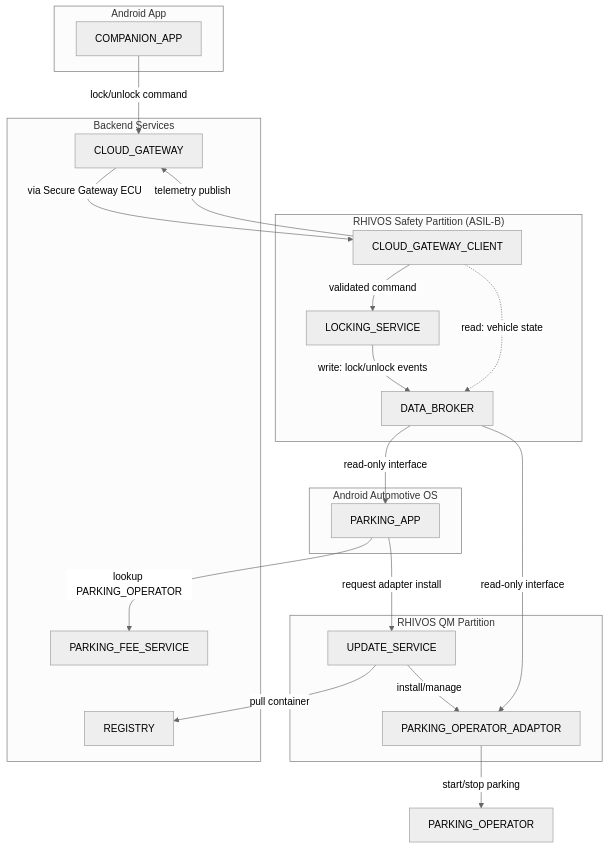
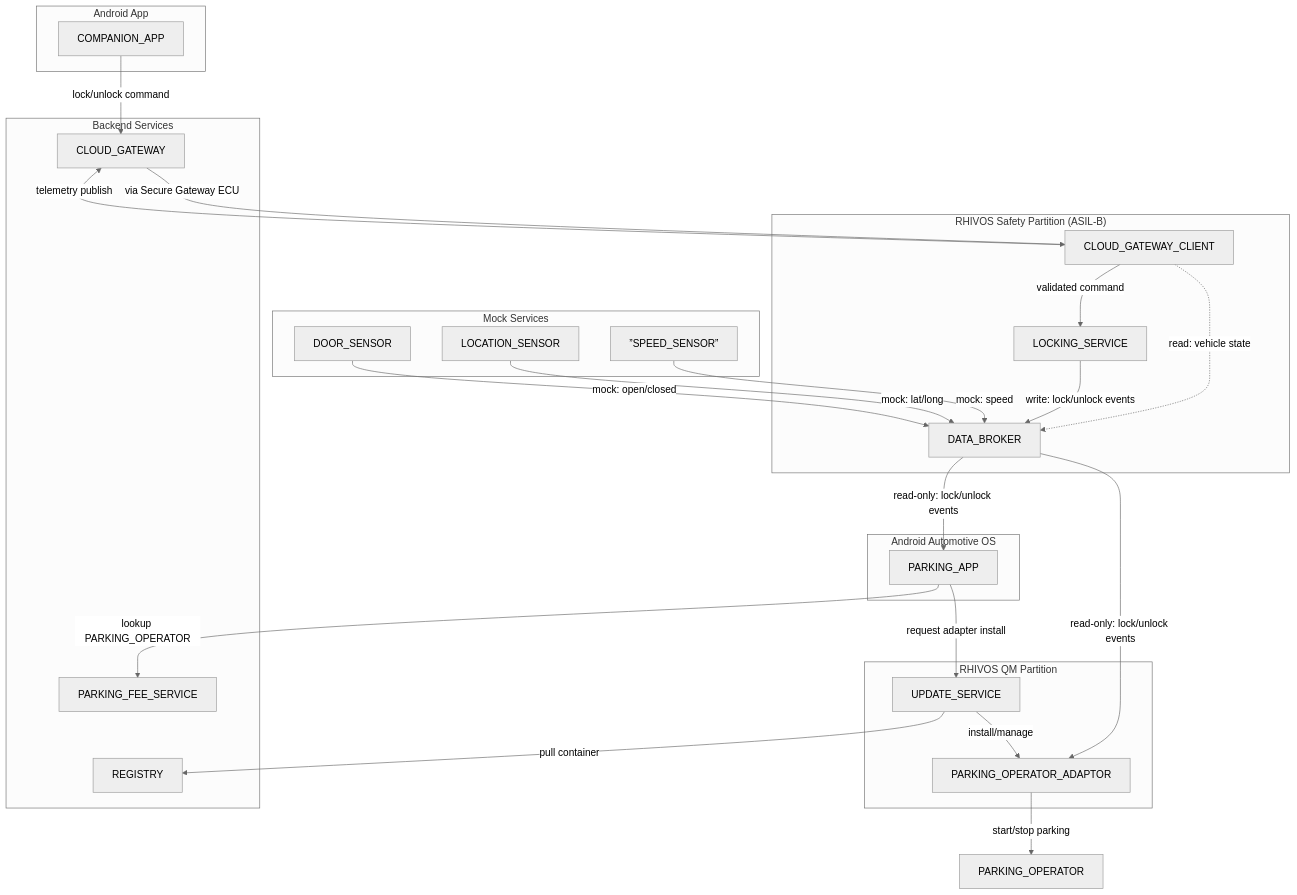
The diagram in prd.md (rhadp/parking-fee-service), drawn with Mermaid (neutral theme) before and after one commit. The commit also changed other lines of this file, not shown here.

Commit message:
updated the component diagram

````diff
--- a/prd.md
+++ b/prd.md
@@ -77,48 +76,58 @@
 ```mermaid
 flowchart TD
 subgraph AAOS["Android Automotive OS"]
 	ParkingApp["PARKING_APP"]
 end
 
 subgraph Android["Android App"]
 	CompanionApp["COMPANION_APP"]
 end
 
 subgraph RHIVOS_Safety["RHIVOS Safety Partition (ASIL-B)"]
   LockingService["LOCKING_SERVICE"]
   DataBroker["DATA_BROKER"]
   CloudGatewayClient["CLOUD_GATEWAY_CLIENT"]
 end
 
 subgraph RHIVOS_QM["RHIVOS QM Partition"]
   Adaptor["PARKING_OPERATOR_ADAPTOR"]
   UpdateService["UPDATE_SERVICE"]
 end
 
 subgraph Cloud["Backend Services"]
   ParkingFeeService["PARKING_FEE_SERVICE"]
   Registry["REGISTRY"]
   CloudGateway["CLOUD_GATEWAY"]
 end
 
+subgraph MockServices["Mock Services"]
+  LocationSensor["LOCATION_SENSOR"]
+  SpeedSensor[”SPEED_SENSOR”]
+  DoorSensor["DOOR_SENSOR"]
+end
+
 CompanionApp -->|"lock/unlock command"| CloudGateway
 CloudGateway -->|"via Secure Gateway ECU"| CloudGatewayClient
 
 CloudGatewayClient -->|"validated command"| LockingService
 CloudGatewayClient -->|"telemetry publish"| CloudGateway
 CloudGatewayClient -.->|"read: vehicle state"| DataBroker
 
 LockingService -->|"write: lock/unlock events"| DataBroker
 
-DataBroker -->|"read-only interface"| ParkingApp
-DataBroker -->|"read-only interface"| Adaptor
+DataBroker -->|"read-only: lock/unlock events"| ParkingApp
+DataBroker -->|"read-only: lock/unlock events"| Adaptor
 
 ParkingApp -->|"lookup PARKING_OPERATOR"| ParkingFeeService
 ParkingApp -->|"request adapter install"| UpdateService
 
 UpdateService -->|"pull container"| Registry
 UpdateService -->|"install/manage"| Adaptor
 
 Adaptor -->|"start/stop parking"| PARKING_OPERATOR["PARKING_OPERATOR"]
 
+SpeedSensor --> |"mock: speed"| DataBroker
+LocationSensor --> |"mock: lat/long"| DataBroker
+DoorSensor --> |"mock: open/closed"| DataBroker
+
 ```
````
